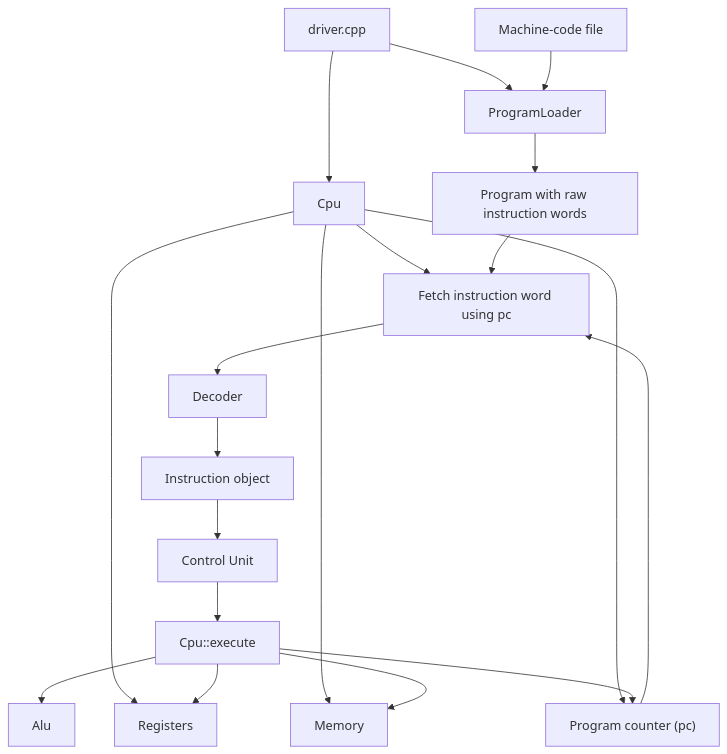
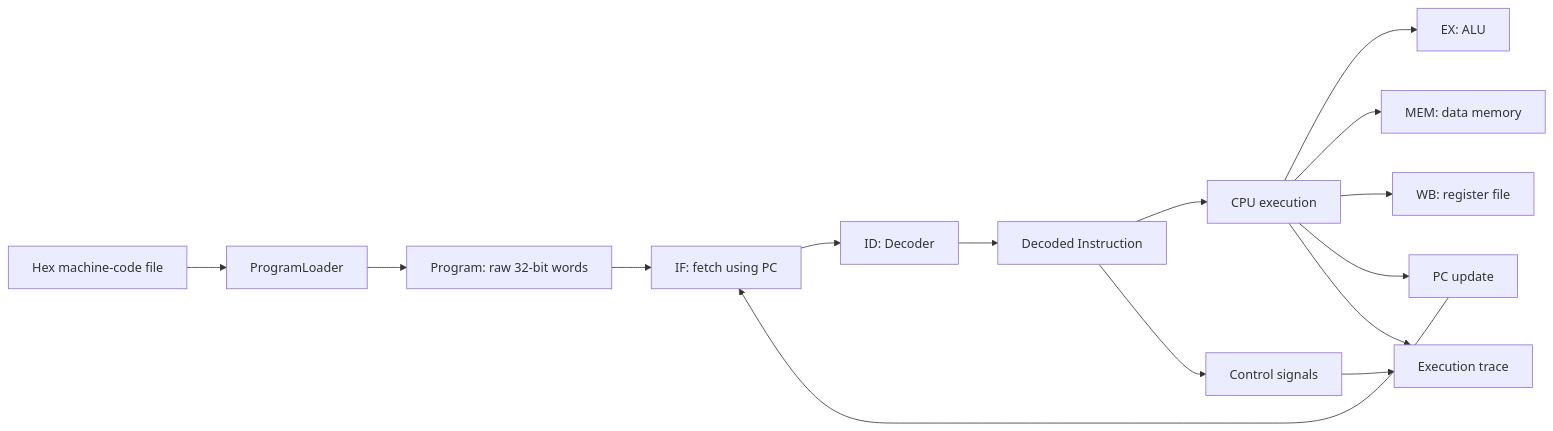
The diagram in README.md (iitianpushkar/RISC-V-ISA-Simulator), drawn with Mermaid before and after one commit. The commit also changed other lines of this file, not shown here.

````diff
--- a/README.md
+++ b/README.md
@@ -21,21 +35,17 @@
 ```mermaid
-flowchart TD
-    A["driver.cpp"] --> B["ProgramLoader"]
-    N["Machine-code file"] --> B
-    B --> E["Program with raw instruction words"]
-    A --> F["Cpu"]
-    F --> G["Registers"]
-    F --> H["Memory"]
-    F --> I["Program counter (pc)"]
-    F --> J["Fetch instruction word using pc"]
-    E --> J
-    J --> C["Decoder"]
-    C --> D["Instruction object"]
-    D --> M["Control Unit"]
-    M --> K["Cpu::execute"]
-    K --> L["Alu"]
-    K --> G
-    K --> H
-    K --> I
-    I --> J
+flowchart LR
+    File["Hex machine-code file"] --> Loader["ProgramLoader"]
+    Loader --> Program["Program: raw 32-bit words"]
+    Program --> Fetch["IF: fetch using PC"]
+    Fetch --> Decoder["ID: Decoder"]
+    Decoder --> Instruction["Decoded Instruction"]
+    Instruction --> Execute["CPU execution"]
+    Instruction --> Control["Control signals"]
+    Execute --> ALU["EX: ALU"]
+    Execute --> Memory["MEM: data memory"]
+    Execute --> Registers["WB: register file"]
+    Execute --> PC["PC update"]
+    Control --> Trace["Execution trace"]
+    Execute --> Trace
+    PC --> Fetch
 ```
````
